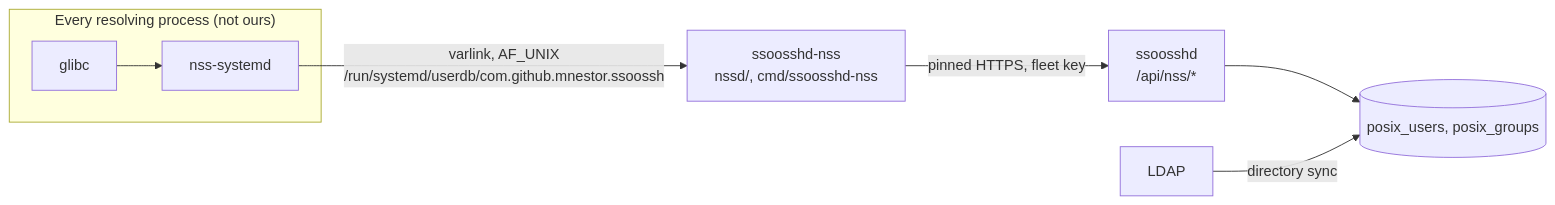
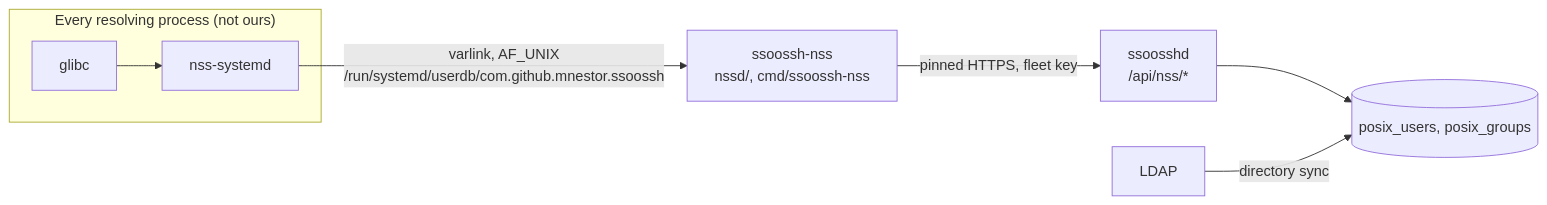
Before and after one commit to mnestor/ssoossh: the third of 3 diagrams in user-docs/src/content/docs/internals/architecture.md, drawn with Mermaid. The commit also changed other lines of this file and 111 other files, not shown here.

````diff
--- a/user-docs/src/content/docs/internals/architecture.md
+++ b/user-docs/src/content/docs/internals/architecture.md
@@ -410,21 +410,21 @@
 ```mermaid
 flowchart LR
     accTitle: The processes in an NSS lookup, and which of them is ours
     accDescr {
       A caller on the host, such as sshd or sudo, runs glibc, which loads
       nss-systemd from systemd. nss-systemd connects over varlink to the
       socket com.github.mnestor.ssoossh in /run/systemd/userdb/, which
-      systemd holds for ssoosshd-nss. ssoosshd-nss, running as root with no
+      systemd holds for ssoossh-nss. ssoossh-nss, running as root with no
       capabilities, answers from its cache or asks ssoosshd over pinned
       HTTPS with the fleet key. ssoosshd answers from its posix tables,
-      which the directory sync fills from LDAP. Only ssoosshd-nss and
+      which the directory sync fills from LDAP. Only ssoossh-nss and
       ssoosshd are ssoossh code; nothing of ours runs inside the caller.
     }
     subgraph Caller["Every resolving process (not ours)"]
         G["glibc"] --> M["nss-systemd"]
     end
-    M -->|"varlink, AF_UNIX<br/>/run/systemd/userdb/com.github.mnestor.ssoossh"| D["ssoosshd-nss<br/>nssd/, cmd/ssoosshd-nss"]
+    M -->|"varlink, AF_UNIX<br/>/run/systemd/userdb/com.github.mnestor.ssoossh"| D["ssoossh-nss<br/>nssd/, cmd/ssoossh-nss"]
     D -->|"pinned HTTPS, fleet key"| S["ssoosshd<br/>/api/nss/*"]
     S --> T[("posix_users, posix_groups")]
     L["LDAP"] -->|"directory sync"| T
 ```
````
